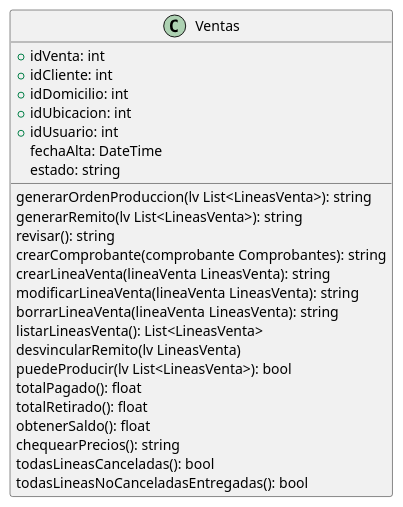
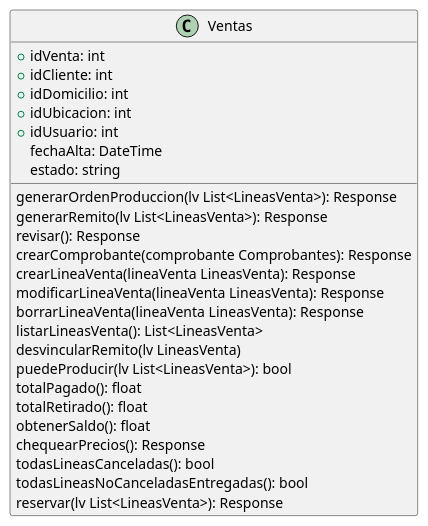
Before and after one commit to ZMGestion/DocumentacionZMGestion: the diagram in DiagramaClases/Clases/Ventas.puml, drawn with PlantUML. The commit also changed 27 other files, not shown here.

```diff
--- a/DiagramaClases/Clases/Ventas.puml
+++ b/DiagramaClases/Clases/Ventas.puml
@@ -1,29 +1,30 @@
 @startuml Ventas
 class Ventas{
     +idVenta: int
     +idCliente: int
     +idDomicilio: int
     +idUbicacion: int
     +idUsuario: int
     fechaAlta: DateTime
     estado: string
 
-    generarOrdenProduccion(lv List<LineasVenta>): string
-    generarRemito(lv List<LineasVenta>): string
-    revisar(): string
-    crearComprobante(comprobante Comprobantes): string
-    crearLineaVenta(lineaVenta LineasVenta): string
-    modificarLineaVenta(lineaVenta LineasVenta): string
-    borrarLineaVenta(lineaVenta LineasVenta): string
+    generarOrdenProduccion(lv List<LineasVenta>): Response
+    generarRemito(lv List<LineasVenta>): Response
+    revisar(): Response
+    crearComprobante(comprobante Comprobantes): Response
+    crearLineaVenta(lineaVenta LineasVenta): Response
+    modificarLineaVenta(lineaVenta LineasVenta): Response
+    borrarLineaVenta(lineaVenta LineasVenta): Response
     listarLineasVenta(): List<LineasVenta>
     desvincularRemito(lv LineasVenta)
     puedeProducir(lv List<LineasVenta>): bool
     totalPagado(): float
     totalRetirado(): float
     obtenerSaldo(): float
-    chequearPrecios(): string
+    chequearPrecios(): Response
     todasLineasCanceladas(): bool
     todasLineasNoCanceladasEntregadas(): bool
+    reservar(lv List<LineasVenta>): Response
 
 }
 @enduml
```
